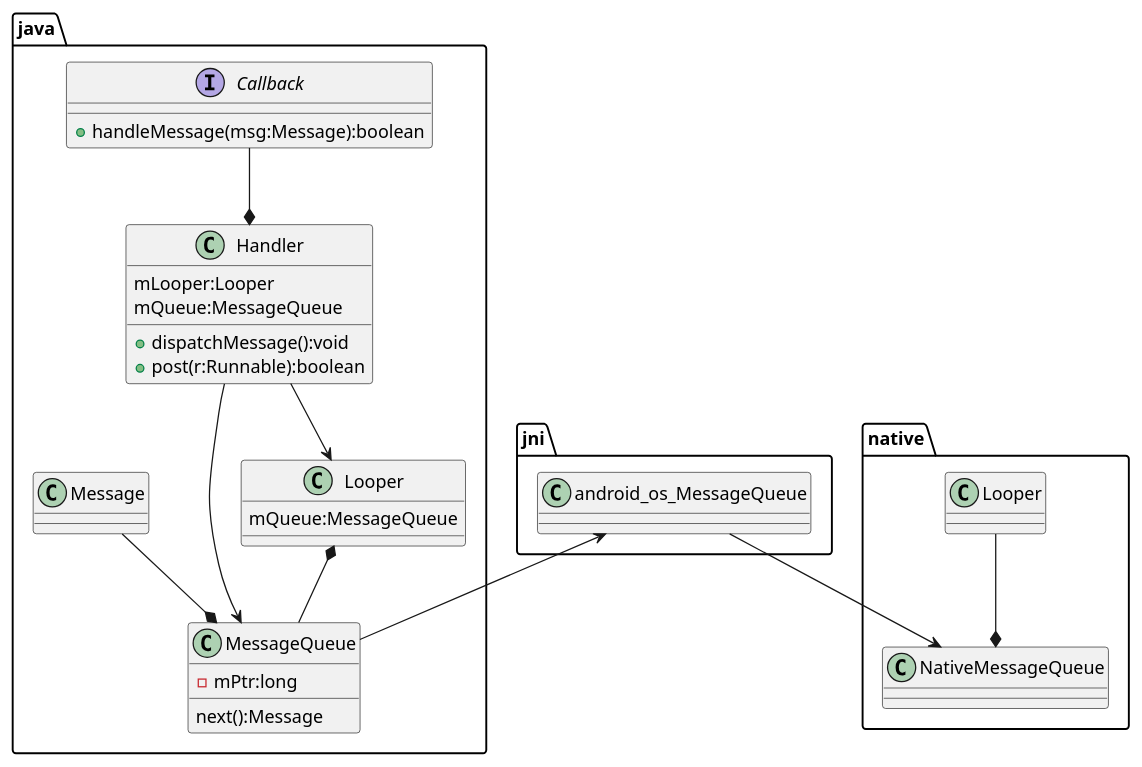
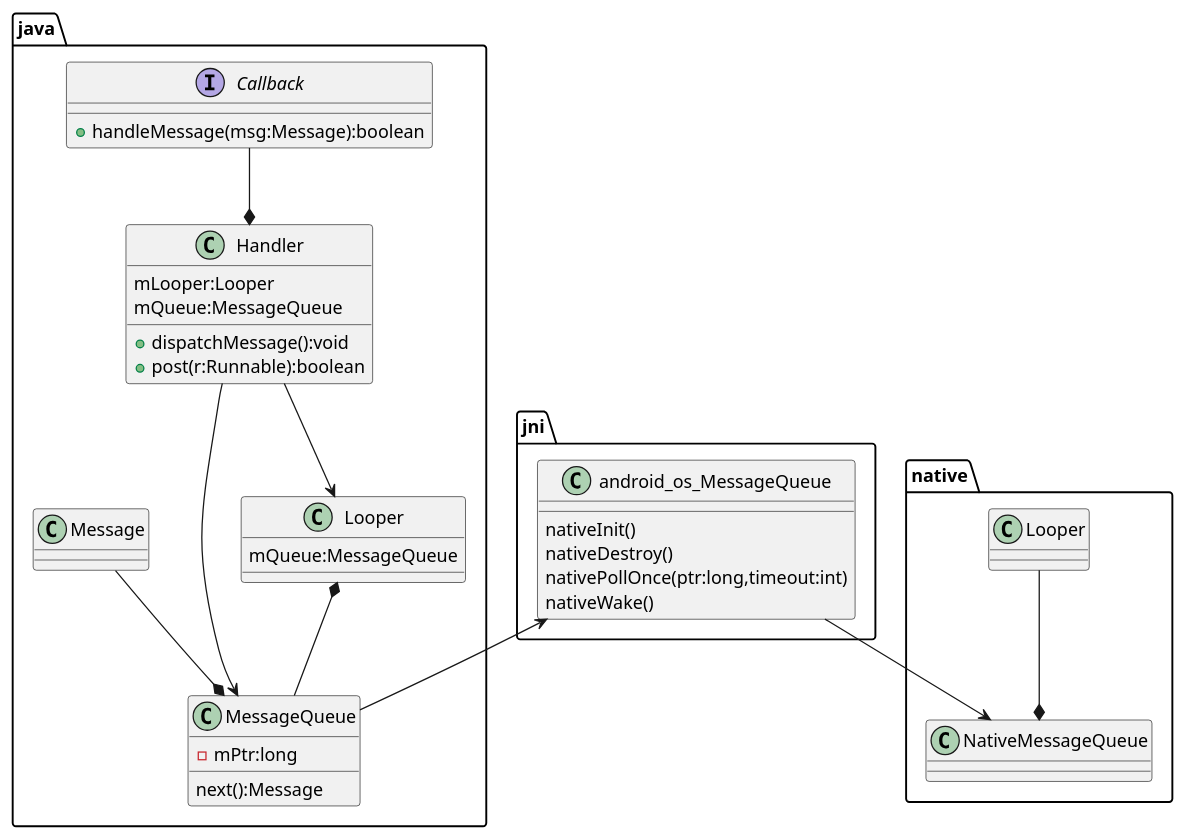
The diagram in uml/android-event-loop.puml (duweiwang/duweiwang.github.io), drawn with PlantUML before and after one commit. The commit also changed 11 other files, not shown here.

```diff
--- a/uml/android-event-loop.puml
+++ b/uml/android-event-loop.puml
@@ -1,62 +1,65 @@
 @startuml
 'https://plantuml.com/class-diagram
 package java{
     class Handler{
         mLooper:Looper
         mQueue:MessageQueue
 
         + dispatchMessage():void
         + post(r:Runnable):boolean
     }
 
     interface Callback{
         + handleMessage(msg:Message):boolean
     }
 
     class MessageQueue{
         - mPtr:long
         next():Message
     }
 
     class Message{}
 
     class Looper{
         mQueue:MessageQueue
     }
 
     Looper *-- MessageQueue
     Callback --* Handler
 
     Handler --> MessageQueue
     Handler --> Looper
 
     Message --* MessageQueue
 }
 
 package jni{
 
  class android_os_MessageQueue{
-
+    nativeInit()
+    nativeDestroy()
+    nativePollOnce(ptr:long,timeout:int)
+    nativeWake()
  }
 }
 
 package native{
 
     class NativeMessageQueue{
 
     }
 
     class "Looper" as NativeLooper{
     }
 
 
 }
 android_os_MessageQueue <-- MessageQueue
 
 android_os_MessageQueue --> NativeMessageQueue
 
 
 NativeLooper --* NativeMessageQueue
 
 
 @enduml
```
